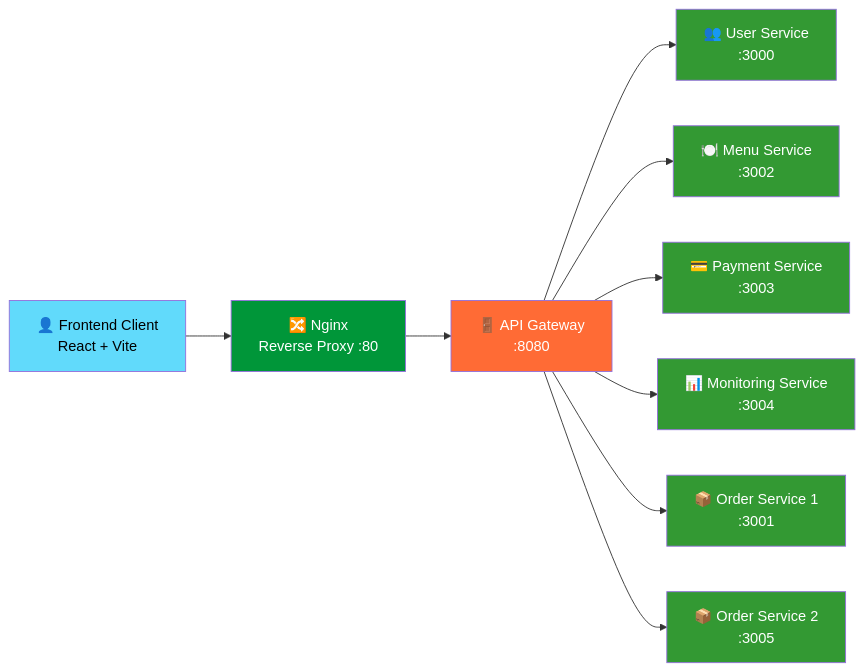
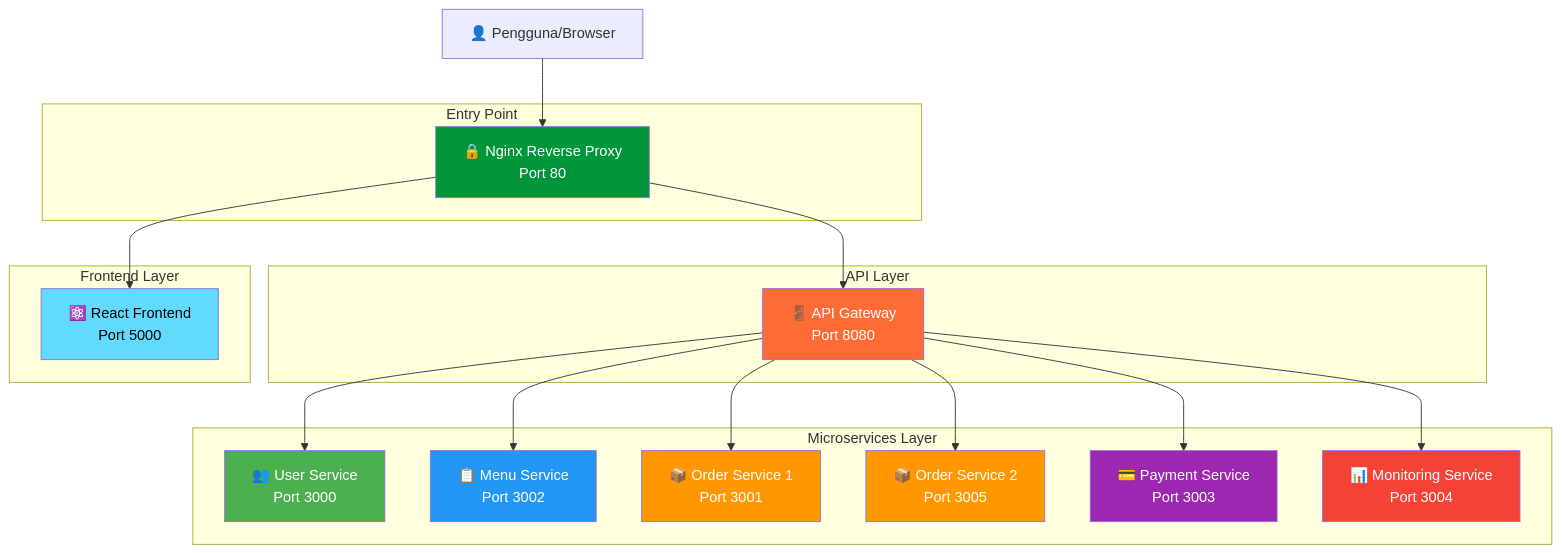
The diagram in README.md (angelinozulianohutapea/restaurant-microservices), drawn with Mermaid before and after one commit. The commit also changed other lines of this file, not shown here.

Commit message:
Refactor README with updated architecture and setup guide

````diff
--- a/README.md
+++ b/README.md
@@ -67,22 +97,46 @@
 ```mermaid
-flowchart LR
-    A[👤 Frontend Client\nReact + Vite] --> B[🔀 Nginx\nReverse Proxy :80]
-    B --> C[🚪 API Gateway\n:8080]
-
-    C --> D[👥 User Service\n:3000]
-    C --> E[🍽️ Menu Service\n:3002]
-    C --> F[💳 Payment Service\n:3003]
-    C --> G[📊 Monitoring Service\n:3004]
-    C --> H[📦 Order Service 1\n:3001]
-    C --> I[📦 Order Service 2\n:3005]
-
-    style A fill:#61DAFB,color:#000
-    style B fill:#009639,color:#fff
-    style C fill:#FF6B35,color:#fff
-    style D fill:#339933,color:#fff
-    style E fill:#339933,color:#fff
-    style F fill:#339933,color:#fff
-    style G fill:#339933,color:#fff
-    style H fill:#339933,color:#fff
-    style I fill:#339933,color:#fff
+flowchart TB
+    Client[👤 Pengguna/Browser]
+    
+    subgraph "Entry Point"
+        Nginx[🔒 Nginx Reverse Proxy<br/>Port 80]
+    end
+    
+    subgraph "API Layer"
+        Gateway[🚪 API Gateway<br/>Port 8080]
+    end
+    
+    subgraph "Frontend Layer"
+        Frontend[⚛️ React Frontend<br/>Port 5000]
+    end
+    
+    subgraph "Microservices Layer"
+        User[👥 User Service<br/>Port 3000]
+        Menu[📋 Menu Service<br/>Port 3002]
+        Order1[📦 Order Service 1<br/>Port 3001]
+        Order2[📦 Order Service 2<br/>Port 3005]
+        Payment[💳 Payment Service<br/>Port 3003]
+        Monitor[📊 Monitoring Service<br/>Port 3004]
+    end
+    
+    Client --> Nginx
+    Nginx --> Frontend
+    Nginx --> Gateway
+    
+    Gateway --> User
+    Gateway --> Menu
+    Gateway --> Order1
+    Gateway --> Order2
+    Gateway --> Payment
+    Gateway --> Monitor
+    
+    style Nginx fill:#009639,color:#fff
+    style Gateway fill:#ff6b35,color:#fff
+    style Frontend fill:#61DAFB,color:#000
+    style User fill:#4CAF50,color:#fff
+    style Menu fill:#2196F3,color:#fff
+    style Order1 fill:#FF9800,color:#fff
+    style Order2 fill:#FF9800,color:#fff
+    style Payment fill:#9C27B0,color:#fff
+    style Monitor fill:#F44336,color:#fff
 ```
````
